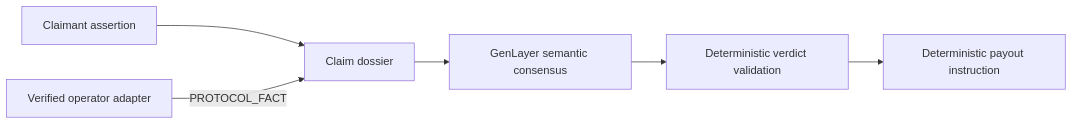
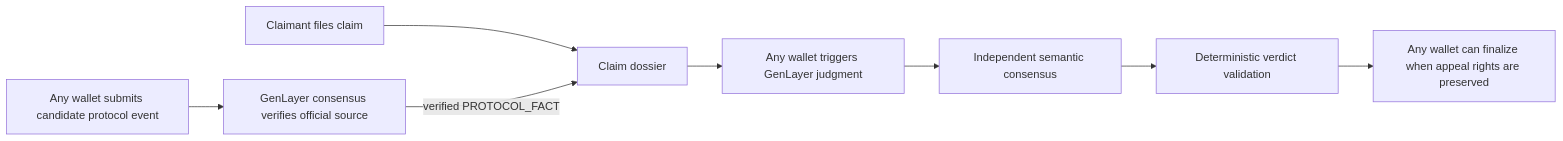
One commit to Bibidee/Slaiv changed the first of 2 diagrams in README.md. Above: the diagram before and after it, drawn with Mermaid. The commit also changed other lines of this file, not shown here.

Commit message:
Document permissionless SLAIV architecture

````diff
--- a/README.md
+++ b/README.md
@@ -7,8 +7,10 @@
 ```mermaid
 flowchart LR
-  A[Claimant assertion] --> C[Claim dossier]
-  B[Verified operator adapter] -->|PROTOCOL_FACT| C
-  C --> D[GenLayer semantic consensus]
-  D --> E[Deterministic verdict validation]
-  E --> F[Deterministic payout instruction]
+  A[Claimant files claim] --> C[Claim dossier]
+  B[Any wallet submits candidate protocol event] --> V[GenLayer consensus verifies official source]
+  V -->|verified PROTOCOL_FACT| C
+  C --> J[Any wallet triggers GenLayer judgment]
+  J --> E[Independent semantic consensus]
+  E --> D[Deterministic verdict validation]
+  D --> F[Any wallet can finalize when appeal rights are preserved]
 ```
````
